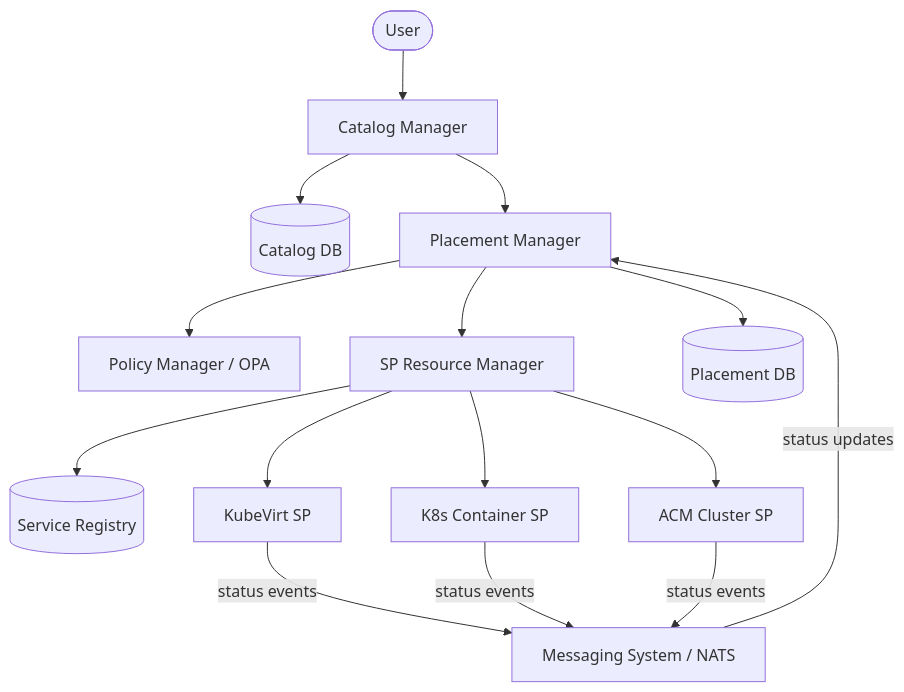
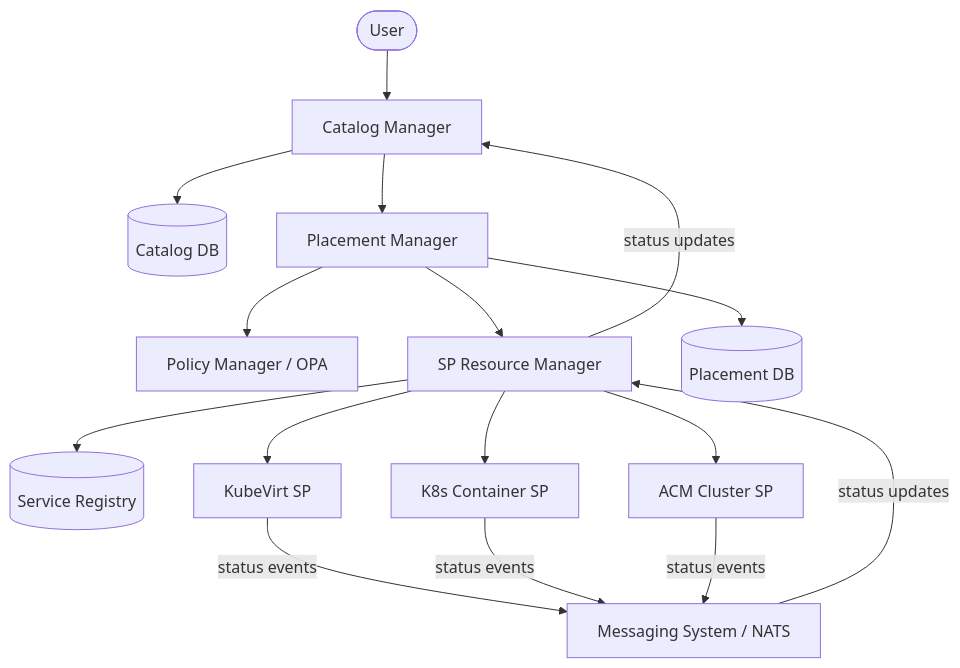
The first of 18 diagrams in enhancements/user-flows/user-flows.md (dcm-project/enhancements), drawn with Mermaid before and after one commit.

Commit message:
Fix status updates flow up to CatalogManager

````diff
--- a/enhancements/user-flows/user-flows.md
+++ b/enhancements/user-flows/user-flows.md
@@ -64,32 +64,33 @@
 ```mermaid
 graph TB
     User([User])
     CM[Catalog Manager]
     CDB[(Catalog DB)]
     PM[Placement Manager]
     POL[Policy Manager / OPA]
     SPRM[SP Resource Manager]
     SR[(Service Registry)]
     DB[(Placement DB)]
     MSG[Messaging System / NATS]
 
     SP1[KubeVirt SP]
     SP2[K8s Container SP]
     SP3[ACM Cluster SP]
 
     User --> CM
     CM --> CDB
     CM --> PM
     PM --> POL
     PM --> SPRM
     PM --> DB
     SPRM --> SR
     SPRM --> SP1
     SPRM --> SP2
     SPRM --> SP3
 
     SP1 -->|status events| MSG
     SP2 -->|status events| MSG
     SP3 -->|status events| MSG
-    MSG -->|status updates| PM
+    MSG -->|status updates| SPRM
+    SPRM -->|status updates| CM
 ```
````
